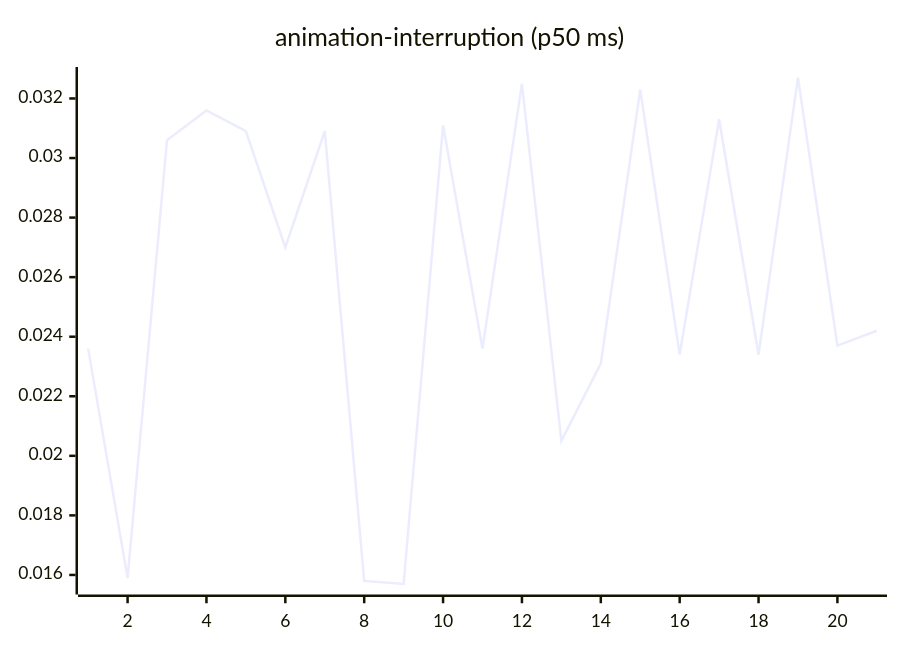
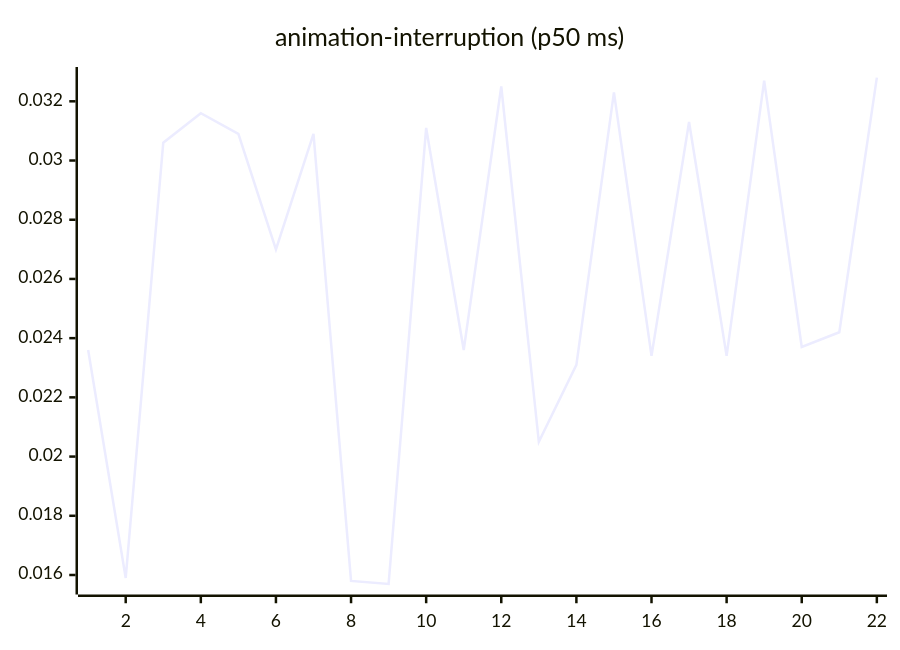
One commit to josha/Facet changed the third of 27 diagrams in README.md. Above: the diagram before and after it, drawn with Mermaid. The commit also changed other lines of this file and 2 other files, not shown here.

````diff
--- a/README.md
+++ b/README.md
@@ -77,6 +77,6 @@
 ```mermaid
 xychart-beta
     title "animation-interruption (p50 ms)"
-    x-axis 1 --> 21
-    line [0.0236, 0.0159, 0.0306, 0.0316, 0.0309, 0.0270, 0.0309, 0.0158, 0.0157, 0.0311, 0.0236, 0.0325, 0.0205, 0.0231, 0.0323, 0.0234, 0.0313, 0.0234, 0.0327, 0.0237, 0.0242]
+    x-axis 1 --> 22
+    line [0.0236, 0.0159, 0.0306, 0.0316, 0.0309, 0.0270, 0.0309, 0.0158, 0.0157, 0.0311, 0.0236, 0.0325, 0.0205, 0.0231, 0.0323, 0.0234, 0.0313, 0.0234, 0.0327, 0.0237, 0.0242, 0.0328]
 ```
````
